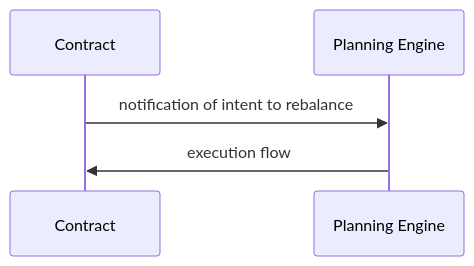
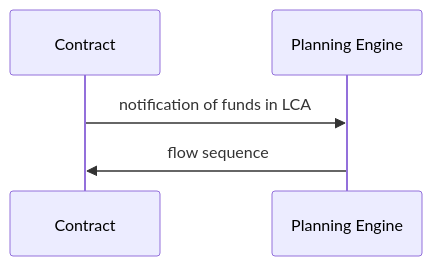
The fifth of 7 diagrams in packages/portfolio-contract/DESIGN-MVP.md (Agoric/agoric-sdk), drawn with Mermaid before and after one commit. The commit also changed other lines of this file, not shown here.

Commit message:
docs(portfolio-contract): update docs with some simplication

````diff
--- a/packages/portfolio-contract/DESIGN-MVP.md
+++ b/packages/portfolio-contract/DESIGN-MVP.md
@@ -68,5 +64,5 @@
 ```mermaid
 sequenceDiagram
-  Contract ->> Planning Engine: notification of intent to rebalance
-  Planning Engine ->> Contract: execution flow
+  Contract ->> Planning Engine: notification of funds in LCA
+  Planning Engine ->> Contract: flow sequence
 ```
````
